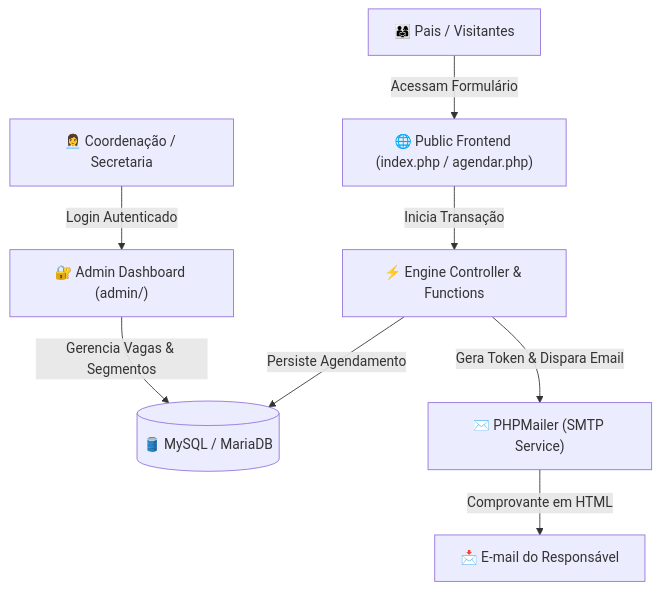
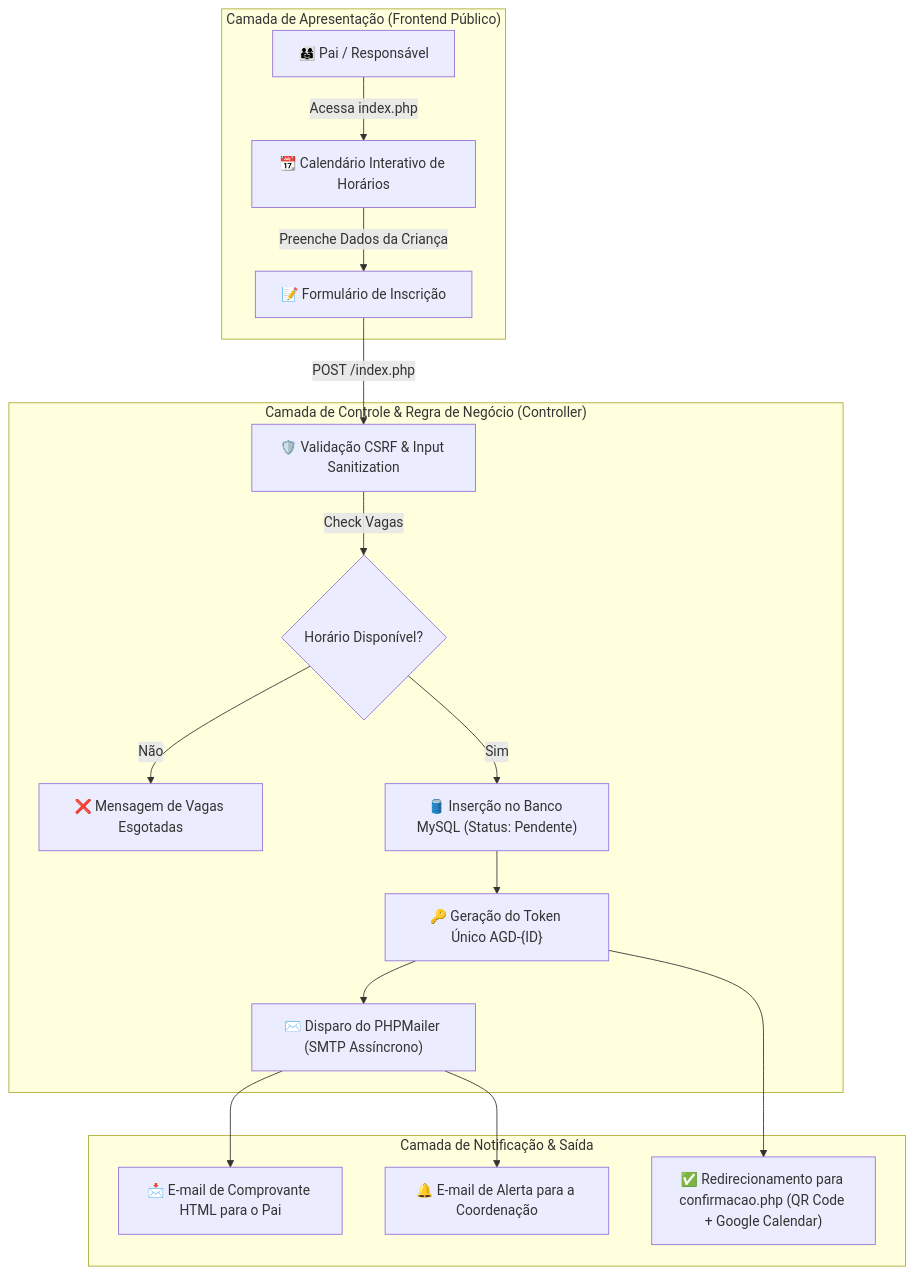
Before and after one commit to Eduardo00073/agenda-escolar-php: the first of 3 diagrams in README.md, drawn with Mermaid. The commit also changed other lines of this file and 5 other files, not shown here.

Commit message:
docs: auditoria profunda de marcas, super README com diagramas e licenca legal

````diff
--- a/README.md
+++ b/README.md
@@ -36,11 +39,22 @@
 ```mermaid
 graph TD
-    Parent["👨‍👩‍👧 Pais / Visitantes"] -->|Acessam Formulário| PublicFrontend["🌐 Public Frontend (index.php / agendar.php)"]
-    PublicFrontend -->|Inicia Transação| Controller["⚡ Engine Controller & Functions"]
-    Controller -->|Persiste Agendamento| DB[(🛢️ MySQL / MariaDB)]
-    Controller -->|Gera Token & Dispara Email| SMTP["✉️ PHPMailer (SMTP Service)"]
-    SMTP -->|Comprovante em HTML| ParentEmail["📩 E-mail do Responsável"]
-    
-    Admin["👩‍💼 Coordenação / Secretaria"] -->|Login Autenticado| AdminDashboard["🔐 Admin Dashboard (admin/)"]
-    AdminDashboard -->|Gerencia Vagas & Segmentos| DB
+    subgraph "Camada de Apresentação (Frontend Público)"
+        Visitor["👨‍👩‍👧 Pai / Responsável"] -->|Acessa index.php| CalendarView["📆 Calendário Interativo de Horários"]
+        CalendarView -->|Preenche Dados da Criança| FormSubmit["📝 Formulário de Inscrição"]
+    end
+
+    subgraph "Camada de Controle & Regra de Negócio (Controller)"
+        FormSubmit -->|POST /index.php| Validate["🛡️ Validação CSRF & Input Sanitization"]
+        Validate -->|Check Vagas| SlotCheck{"Horário Disponível?"}
+        SlotCheck -- "Não" --> ErrorResponse["❌ Mensagem de Vagas Esgotadas"]
+        SlotCheck -- "Sim" --> DBInsert["🛢️ Inserção no Banco MySQL (Status: Pendente)"]
+        DBInsert --> TokenGen["🔑 Geração do Token Único AGD-{ID}"]
+        TokenGen --> MailerTrigger["✉️ Disparo do PHPMailer (SMTP Assíncrono)"]
+    end
+
+    subgraph "Camada de Notificação & Saída"
+        MailerTrigger --> EmailVisitor["📩 E-mail de Comprovante HTML para o Pai"]
+        MailerTrigger --> EmailAdmin["🔔 E-mail de Alerta para a Coordenação"]
+        TokenGen --> ConfirmationPage["✅ Redirecionamento para confirmacao.php (QR Code + Google Calendar)"]
+    end
 ```
````
